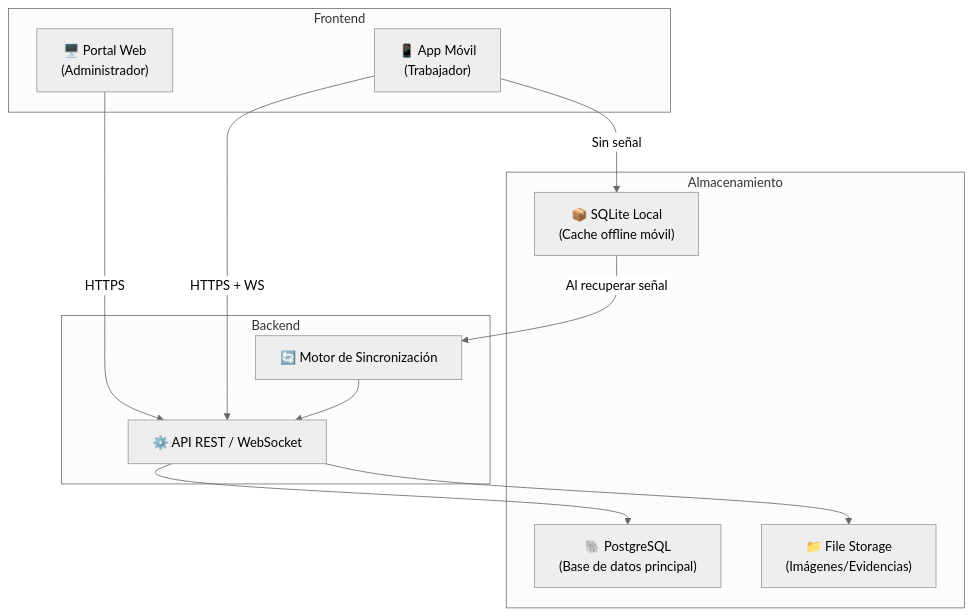
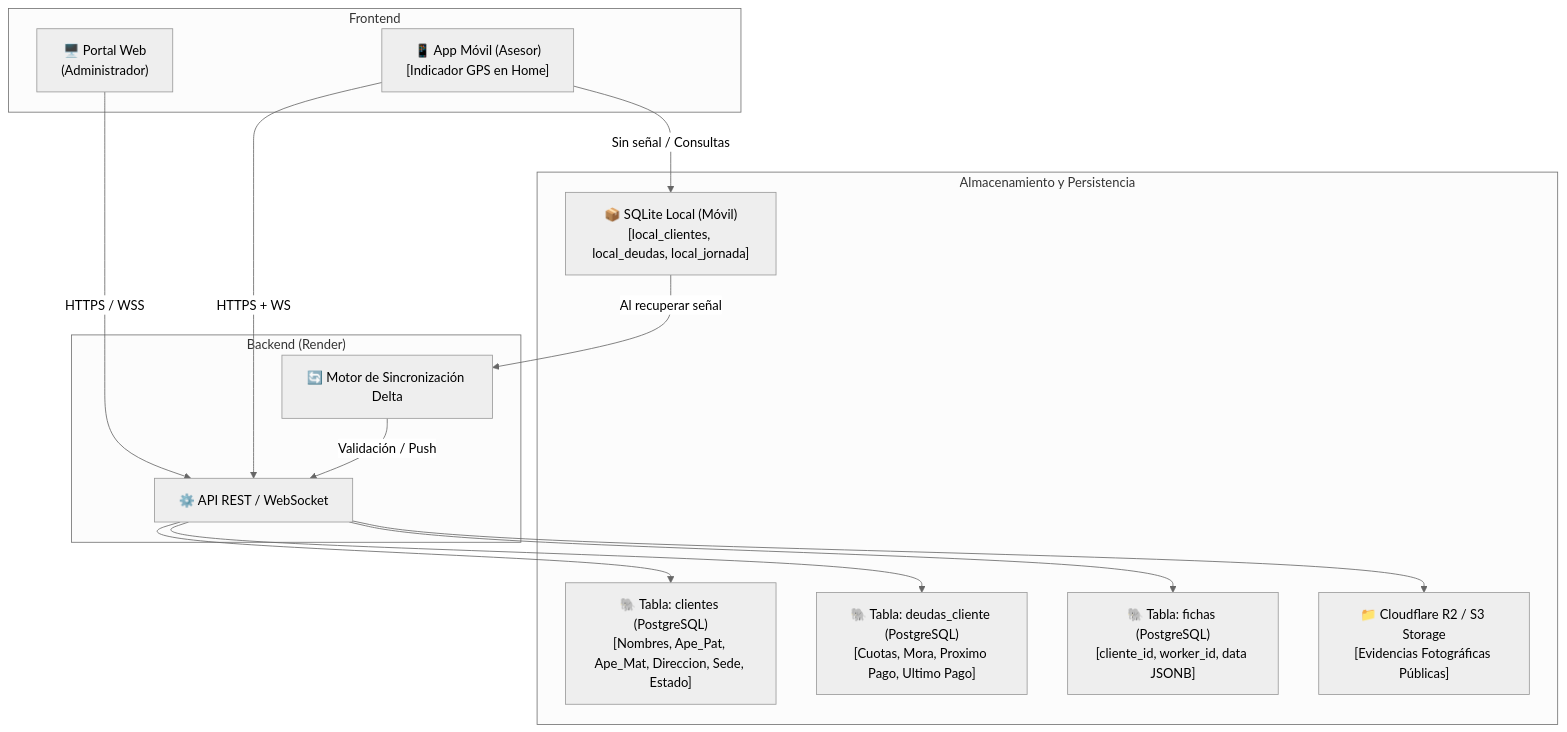
The first of 5 diagrams in docs/diagrama_flujo.md (carlosaherrerap/rutaZero), drawn with Mermaid (neutral theme) before and after one commit. The commit also changed other lines of this file and 38 other files, not shown here.

````diff
--- a/docs/diagrama_flujo.md
+++ b/docs/diagrama_flujo.md
@@ -10,26 +11,30 @@
 ```mermaid
 graph TB
     subgraph "Frontend"
         WEB["🖥️ Portal Web<br/>(Administrador)"]
-        APP["📱 App Móvil<br/>(Trabajador)"]
+        APP["📱 App Móvil (Asesor)<br/>[Indicador GPS en Home]"]
     end
 
-    subgraph "Backend"
+    subgraph "Backend (Render)"
         API["⚙️ API REST / WebSocket"]
-        SYNC["🔄 Motor de Sincronización"]
+        SYNC["🔄 Motor de Sincronización Delta"]
     end
 
-    subgraph "Almacenamiento"
-        PG["🐘 PostgreSQL<br/>(Base de datos principal)"]
-        CACHE["📦 SQLite Local<br/>(Cache offline móvil)"]
-        FS["📁 File Storage<br/>(Imágenes/Evidencias)"]
+    subgraph "Almacenamiento y Persistencia"
+        PG_C["🐘 Tabla: clientes (PostgreSQL)<br/>[Nombres, Ape_Pat, Ape_Mat, Direccion, Sede, Estado]"]
+        PG_D["🐘 Tabla: deudas_cliente (PostgreSQL)<br/>[Cuotas, Mora, Proximo Pago, Ultimo Pago]"]
+        PG_F["🐘 Tabla: fichas (PostgreSQL)<br/>[cliente_id, worker_id, data JSONB]"]
+        CACHE["📦 SQLite Local (Móvil)<br/>[local_clientes, local_deudas, local_jornada]"]
+        R2["📁 Cloudflare R2 / S3 Storage<br/>[Evidencias Fotográficas Públicas]"]
     end
 
-    WEB -->|HTTPS| API
+    WEB -->|HTTPS / WSS| API
     APP -->|HTTPS + WS| API
-    APP -->|Sin señal| CACHE
+    APP -->|Sin señal / Consultas| CACHE
     CACHE -->|Al recuperar señal| SYNC
-    SYNC --> API
-    API --> PG
-    API --> FS
+    SYNC -->|Validación / Push| API
+    API --> PG_C
+    API --> PG_D
+    API --> PG_F
+    API --> R2
 ```
````
